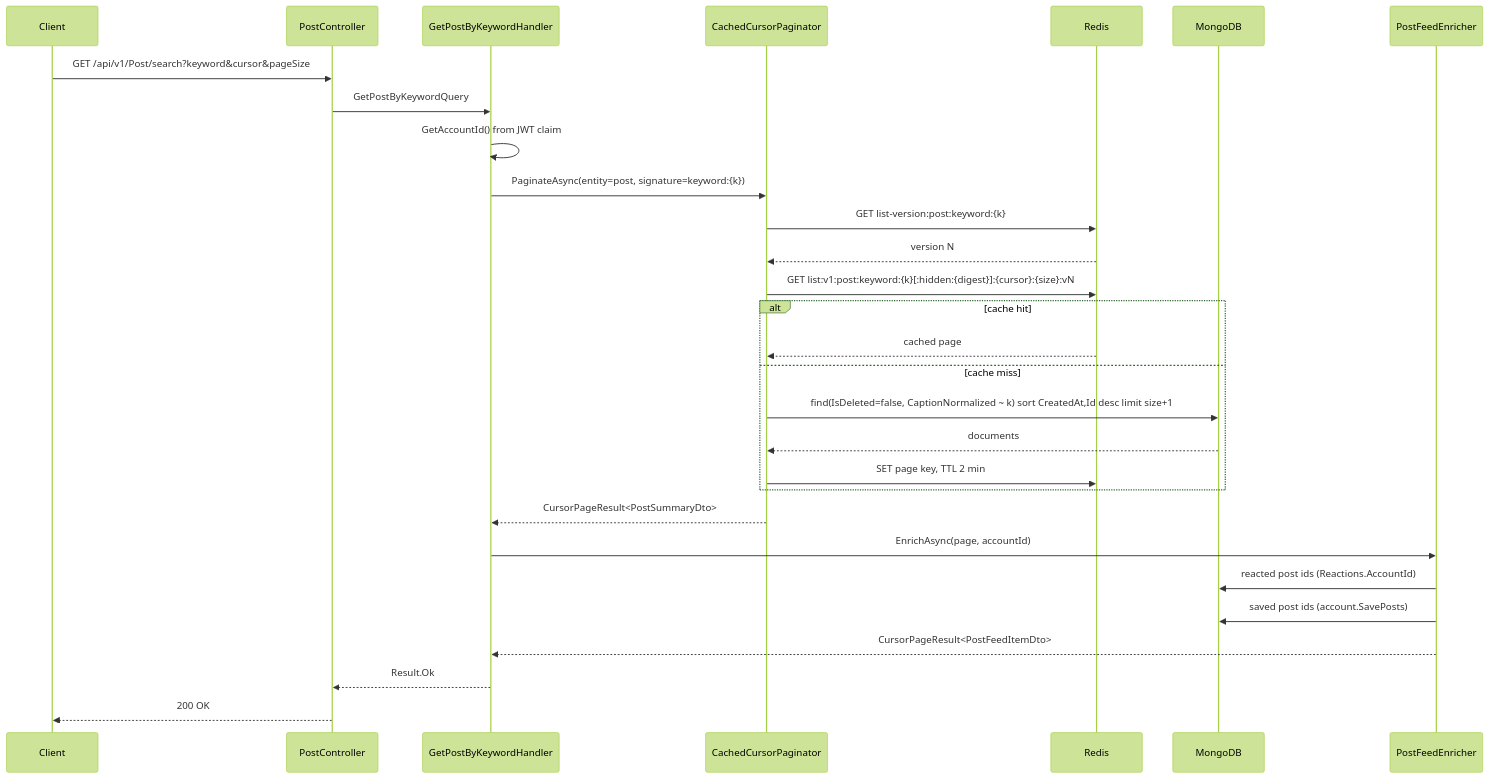
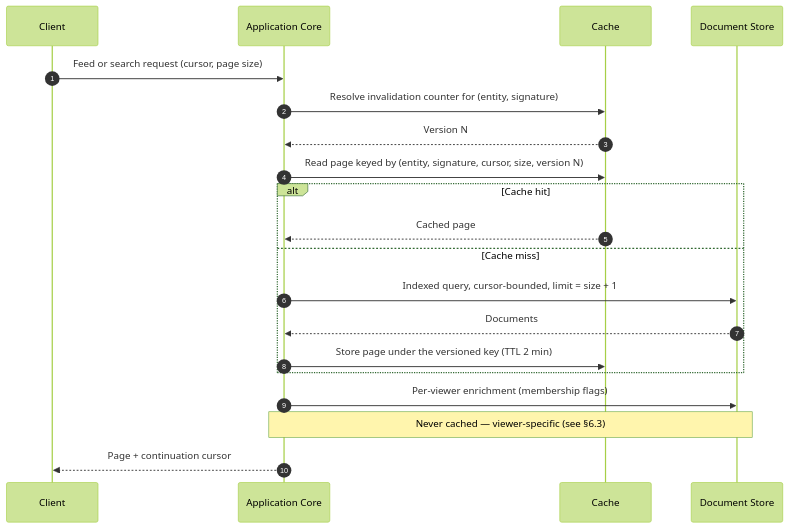
Before and after one commit to Datnguynx110605/Bump_Server: the third of 9 diagrams in doc/system-design.md, drawn with Mermaid (forest theme). The commit also changed other lines of this file and 6 other files, not shown here.

Commit message:
docs: restructure into HLD, architecture spec and developer guide; correct stale source-of-truth counts across all documentation

````diff
--- a/doc/system-design.md
+++ b/doc/system-design.md
@@ -111,32 +199,25 @@
 ```mermaid
 sequenceDiagram
+    autonumber
     participant C as Client
-    participant Ctl as PostController
-    participant H as GetPostByKeywordHandler
-    participant P as CachedCursorPaginator
-    participant R as Redis
-    participant M as MongoDB
-    participant E as PostFeedEnricher
+    participant A as Application Core
+    participant R as Cache
+    participant M as Document Store
 
-    C->>Ctl: GET /api/v1/Post/search?keyword&cursor&pageSize
-    Ctl->>H: GetPostByKeywordQuery
-    H->>H: GetAccountId() from JWT claim
-    H->>P: PaginateAsync(entity=post, signature=keyword:{k})
-    P->>R: GET list-version:post:keyword:{k}
-    R-->>P: version N
-    P->>R: GET list:v1:post:keyword:{k}[:hidden:{digest}]:{cursor}:{size}:vN
-    alt cache hit
-        R-->>P: cached page
-    else cache miss
-        P->>M: find(IsDeleted=false, CaptionNormalized ~ k) sort CreatedAt,Id desc limit size+1
-        M-->>P: documents
-        P->>R: SET page key, TTL 2 min
+    C->>A: Feed or search request (cursor, page size)
+    A->>R: Resolve invalidation counter for (entity, signature)
+    R-->>A: Version N
+    A->>R: Read page keyed by (entity, signature, cursor, size, version N)
+
+    alt Cache hit
+        R-->>A: Cached page
+    else Cache miss
+        A->>M: Indexed query, cursor-bounded, limit = size + 1
+        M-->>A: Documents
+        A->>R: Store page under the versioned key (TTL 2 min)
     end
-    P-->>H: CursorPageResult<PostSummaryDto>
-    H->>E: EnrichAsync(page, accountId)
-    E->>M: reacted post ids (Reactions.AccountId)
-    E->>M: saved post ids (account.SavePosts)
-    E-->>H: CursorPageResult<PostFeedItemDto>
-    H-->>Ctl: Result.Ok
-    Ctl-->>C: 200 OK
+
+    A->>M: Per-viewer enrichment (membership flags)
+    Note over A,M: Never cached — viewer-specific (see §6.3)
+    A-->>C: Page + continuation cursor
 ```
````
